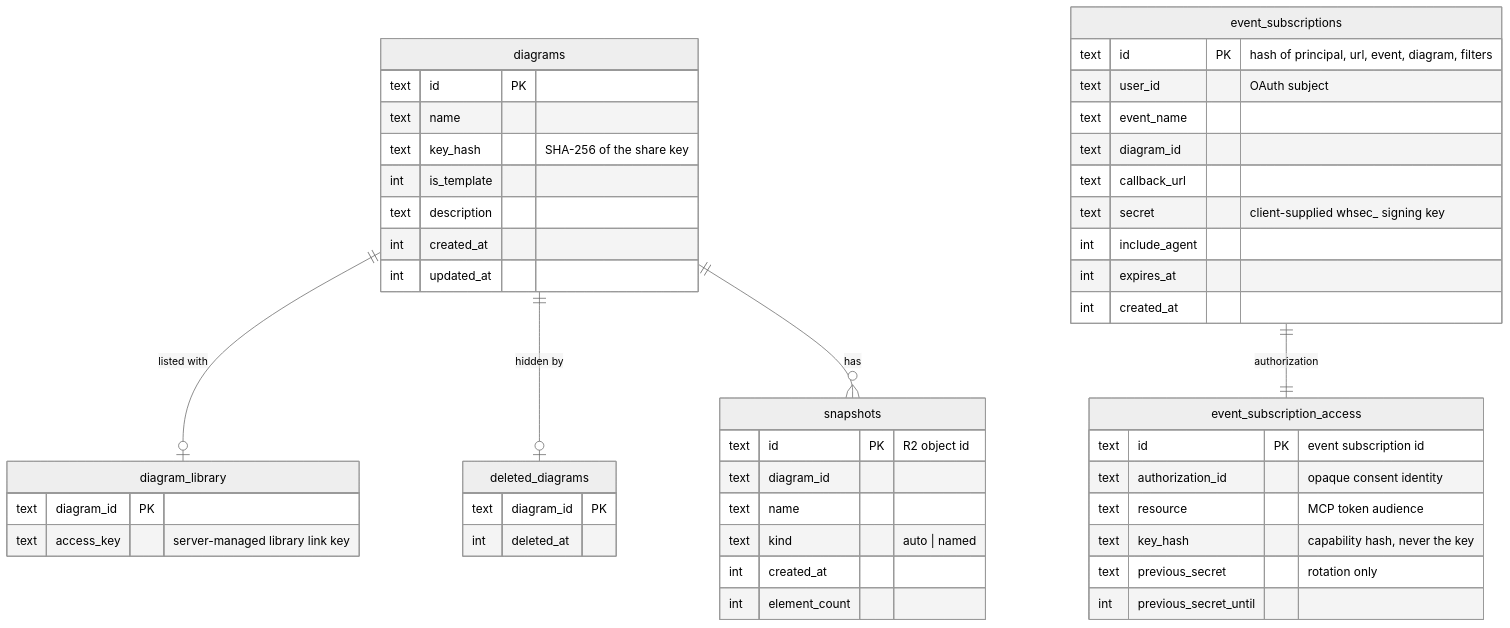
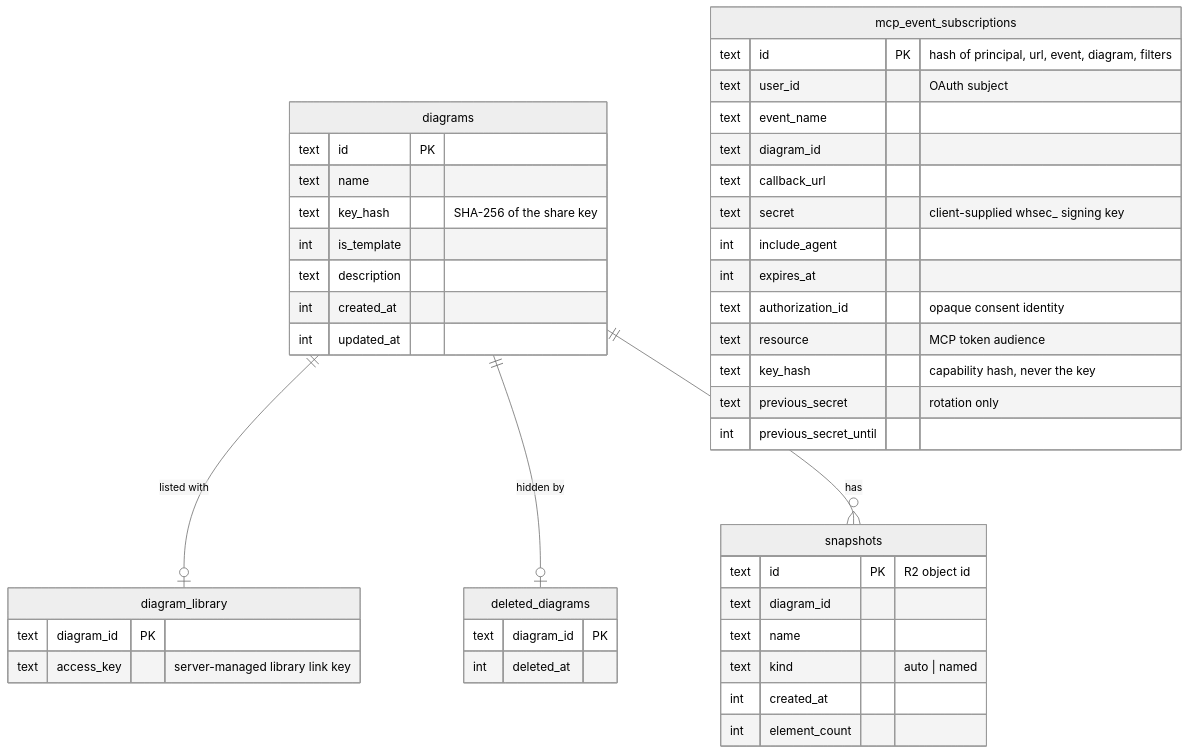
The fifth of 10 diagrams in docs/design.md (aranlucas/system-design-companion), drawn with Mermaid (neutral theme) before and after one commit. The commit also changed other lines of this file and 10 other files, not shown here.

Commit message:
Simplify MCP subscription storage and schema definitions

````diff
--- a/docs/design.md
+++ b/docs/design.md
@@ -176,52 +176,47 @@
 ```mermaid
 erDiagram
     diagrams ||--o| diagram_library : "listed with"
     diagrams ||--o| deleted_diagrams : "hidden by"
     diagrams ||--o{ snapshots : "has"
     diagrams {
         text id PK
         text name
         text key_hash "SHA-256 of the share key"
         int is_template
         text description
         int created_at
         int updated_at
     }
     diagram_library {
         text diagram_id PK
         text access_key "server-managed library link key"
     }
     deleted_diagrams {
         text diagram_id PK
         int deleted_at
     }
     snapshots {
         text id PK "R2 object id"
         text diagram_id
         text name
         text kind "auto | named"
         int created_at
         int element_count
     }
-    event_subscriptions {
+    mcp_event_subscriptions {
         text id PK "hash of principal, url, event, diagram, filters"
         text user_id "OAuth subject"
         text event_name
         text diagram_id
         text callback_url
         text secret "client-supplied whsec_ signing key"
         int include_agent
         int expires_at
-        int created_at
-    }
-    event_subscription_access {
-        text id PK "event subscription id"
         text authorization_id "opaque consent identity"
         text resource "MCP token audience"
         text key_hash "capability hash, never the key"
         text previous_secret "rotation only"
         int previous_secret_until
     }
-    event_subscriptions ||--|| event_subscription_access : authorization
 
 ```
````
